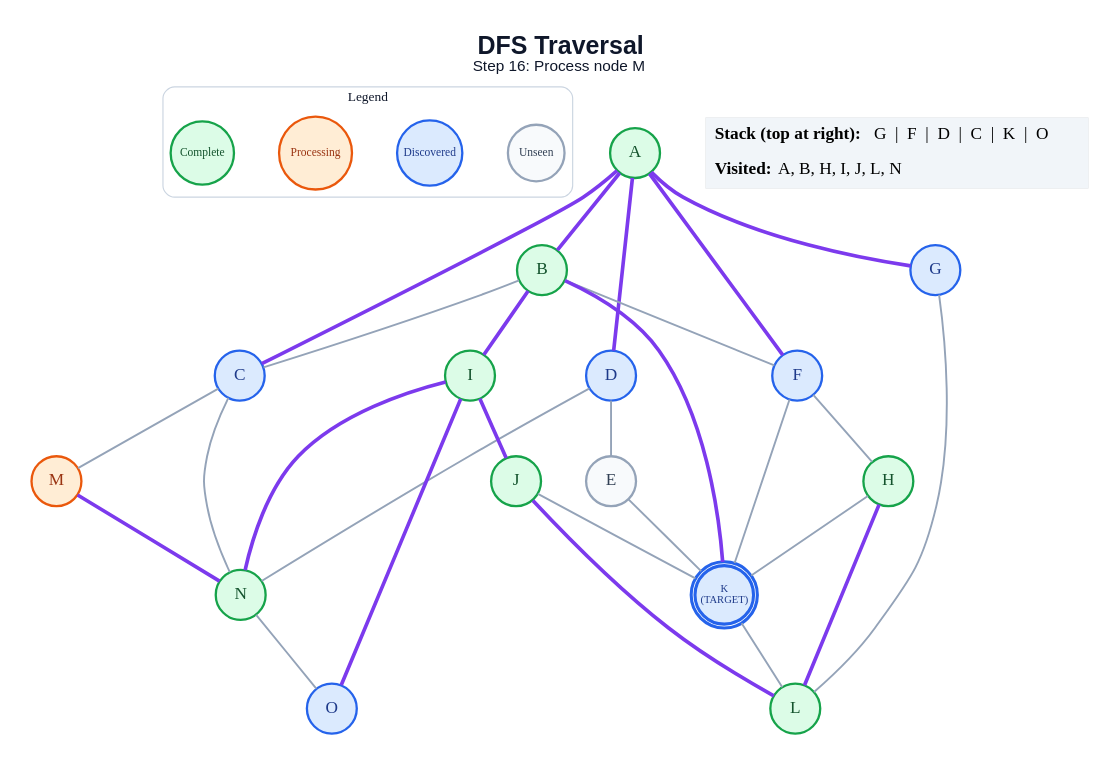
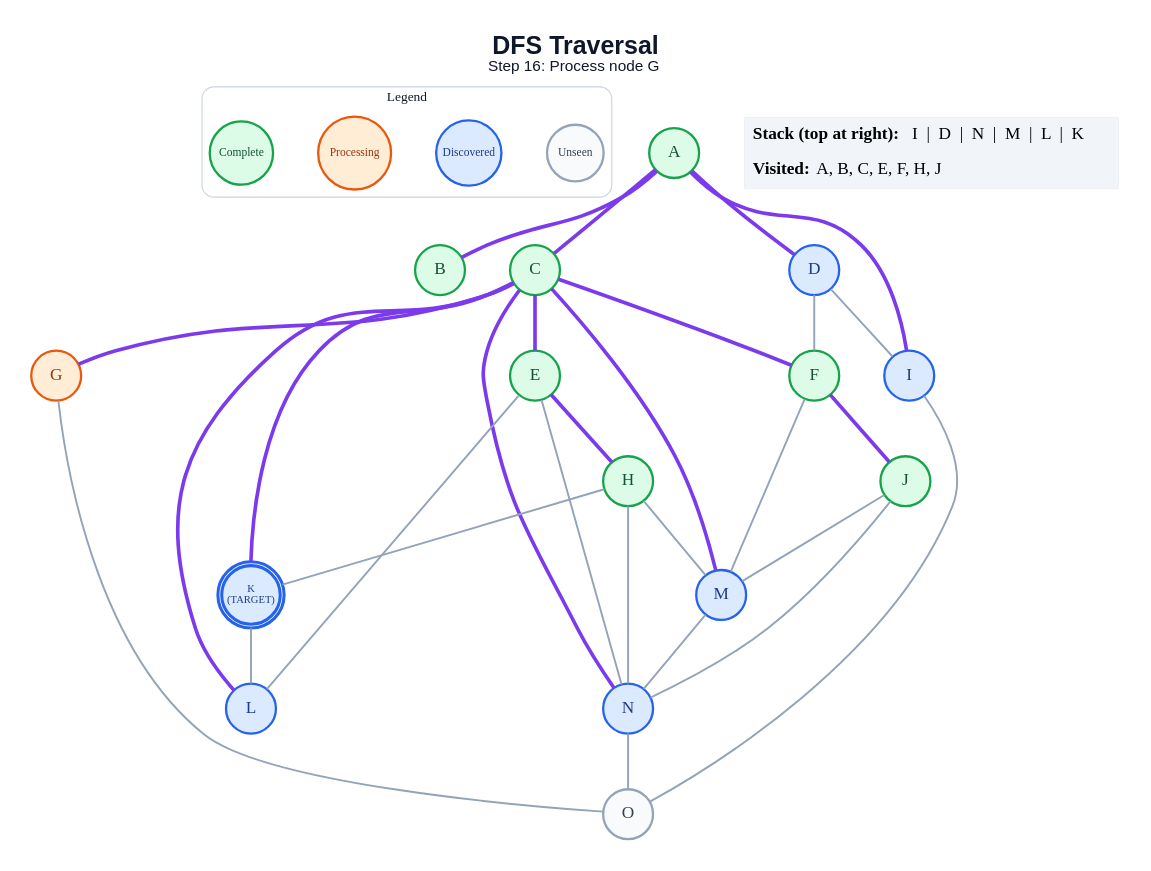
Before and after one commit to anon7238593-create/ai-slop: the diagram in generated/dfs/step_16.dot, drawn with Graphviz. The commit also changed 215 other files, not shown here.

```diff
--- a/generated/dfs/step_16.dot
+++ b/generated/dfs/step_16.dot
@@ -1,61 +1,62 @@
 graph traversal {
   graph [layout=dot, rankdir=TB, bgcolor="#FFFFFF", pad="0.35", nodesep="0.65", ranksep="0.8", fontname="Arial"];
   node [shape=circle, style="filled", fontname="Arial Bold", fontsize=18, width=0.72, fixedsize=true, penwidth=2.4];
   edge [color="#94A3B8", penwidth=2.0];
-  label=<<B>DFS Traversal</B><BR/><FONT POINT-SIZE="16">Step 16: Process node M</FONT>>; labelloc="t"; fontsize=26; fontname="Arial"; fontcolor="#0F172A";
+  label=<<B>DFS Traversal</B><BR/><FONT POINT-SIZE="16">Step 16: Process node G</FONT>>; labelloc="t"; fontsize=26; fontname="Arial"; fontcolor="#0F172A";
   subgraph cluster_legend { label="Legend"; color="#CBD5E1"; penwidth=1.2; style="rounded"; fontsize=14; fontname="Arial Bold";
     key_unseen [label="Unseen", fillcolor="#F8FAFC", color="#94A3B8", fontcolor="#334155", fontsize=12, width=0.82];
     key_frontier [label="Discovered", fillcolor="#DBEAFE", color="#2563EB", fontcolor="#1E3A8A", fontsize=12, width=0.95];
     key_current [label="Processing", fillcolor="#FFEDD5", color="#EA580C", fontcolor="#9A3412", fontsize=12, width=1.05];
     key_done [label="Complete", fillcolor="#DCFCE7", color="#16A34A", fontcolor="#14532D", fontsize=12, width=0.92];
     { rank=same; key_unseen; key_frontier; key_current; key_done; }
   }
   A [label="A", fillcolor="#DCFCE7", color="#16A34A", fontcolor="#14532D", peripheries=1, penwidth=2.4];
   B [label="B", fillcolor="#DCFCE7", color="#16A34A", fontcolor="#14532D", peripheries=1, penwidth=2.4];
-  C [label="C", fillcolor="#DBEAFE", color="#2563EB", fontcolor="#1E3A8A", peripheries=1, penwidth=2.4];
+  C [label="C", fillcolor="#DCFCE7", color="#16A34A", fontcolor="#14532D", peripheries=1, penwidth=2.4];
   D [label="D", fillcolor="#DBEAFE", color="#2563EB", fontcolor="#1E3A8A", peripheries=1, penwidth=2.4];
-  E [label="E", fillcolor="#F8FAFC", color="#94A3B8", fontcolor="#334155", peripheries=1, penwidth=2.4];
-  F [label="F", fillcolor="#DBEAFE", color="#2563EB", fontcolor="#1E3A8A", peripheries=1, penwidth=2.4];
-  G [label="G", fillcolor="#DBEAFE", color="#2563EB", fontcolor="#1E3A8A", peripheries=1, penwidth=2.4];
+  E [label="E", fillcolor="#DCFCE7", color="#16A34A", fontcolor="#14532D", peripheries=1, penwidth=2.4];
+  F [label="F", fillcolor="#DCFCE7", color="#16A34A", fontcolor="#14532D", peripheries=1, penwidth=2.4];
+  G [label="G", fillcolor="#FFEDD5", color="#EA580C", fontcolor="#9A3412", peripheries=1, penwidth=2.4];
   H [label="H", fillcolor="#DCFCE7", color="#16A34A", fontcolor="#14532D", peripheries=1, penwidth=2.4];
-  I [label="I", fillcolor="#DCFCE7", color="#16A34A", fontcolor="#14532D", peripheries=1, penwidth=2.4];
+  I [label="I", fillcolor="#DBEAFE", color="#2563EB", fontcolor="#1E3A8A", peripheries=1, penwidth=2.4];
   J [label="J", fillcolor="#DCFCE7", color="#16A34A", fontcolor="#14532D", peripheries=1, penwidth=2.4];
   K [label="K\n(TARGET)", fillcolor="#DBEAFE", color="#2563EB", fontcolor="#1E3A8A", peripheries=2, penwidth=3.2, fontsize=11, width=0.85, height=0.85];
-  L [label="L", fillcolor="#DCFCE7", color="#16A34A", fontcolor="#14532D", peripheries=1, penwidth=2.4];
-  M [label="M", fillcolor="#FFEDD5", color="#EA580C", fontcolor="#9A3412", peripheries=1, penwidth=2.4];
-  N [label="N", fillcolor="#DCFCE7", color="#16A34A", fontcolor="#14532D", peripheries=1, penwidth=2.4];
-  O [label="O", fillcolor="#DBEAFE", color="#2563EB", fontcolor="#1E3A8A", peripheries=1, penwidth=2.4];
+  L [label="L", fillcolor="#DBEAFE", color="#2563EB", fontcolor="#1E3A8A", peripheries=1, penwidth=2.4];
+  M [label="M", fillcolor="#DBEAFE", color="#2563EB", fontcolor="#1E3A8A", peripheries=1, penwidth=2.4];
+  N [label="N", fillcolor="#DBEAFE", color="#2563EB", fontcolor="#1E3A8A", peripheries=1, penwidth=2.4];
+  O [label="O", fillcolor="#F8FAFC", color="#94A3B8", fontcolor="#334155", peripheries=1, penwidth=2.4];
   A -- B [color="#7C3AED", penwidth=3.8];
   A -- C [color="#7C3AED", penwidth=3.8];
   A -- D [color="#7C3AED", penwidth=3.8];
-  A -- F [color="#7C3AED", penwidth=3.8];
-  A -- G [color="#7C3AED", penwidth=3.8];
-  B -- C;
-  B -- F;
-  B -- I [color="#7C3AED", penwidth=3.8];
-  B -- K [color="#7C3AED", penwidth=3.8];
-  C -- M;
-  C -- N;
-  D -- E;
-  D -- N;
-  E -- K;
-  F -- H;
-  F -- K;
-  G -- L;
+  A -- I [color="#7C3AED", penwidth=3.8];
+  C -- E [color="#7C3AED", penwidth=3.8];
+  C -- F [color="#7C3AED", penwidth=3.8];
+  C -- G [color="#7C3AED", penwidth=3.8];
+  C -- K [color="#7C3AED", penwidth=3.8];
+  C -- L [color="#7C3AED", penwidth=3.8];
+  C -- M [color="#7C3AED", penwidth=3.8];
+  C -- N [color="#7C3AED", penwidth=3.8];
+  D -- F;
+  D -- I;
+  E -- H [color="#7C3AED", penwidth=3.8];
+  E -- L;
+  E -- N;
+  F -- J [color="#7C3AED", penwidth=3.8];
+  F -- M;
+  G -- O;
   H -- K;
-  H -- L [color="#7C3AED", penwidth=3.8];
-  I -- J [color="#7C3AED", penwidth=3.8];
-  I -- N [color="#7C3AED", penwidth=3.8];
-  I -- O [color="#7C3AED", penwidth=3.8];
-  J -- K;
-  J -- L [color="#7C3AED", penwidth=3.8];
+  H -- M;
+  H -- N;
+  I -- O;
+  J -- M;
+  J -- N;
   K -- L;
-  M -- N [color="#7C3AED", penwidth=3.8];
+  M -- N;
   N -- O;
   status [shape=plain, fixedsize=false, width=0, height=0, margin=0, label=<
     <TABLE BORDER="0" CELLBORDER="0" CELLPADDING="7" BGCOLOR="#F1F5F9">
-      <TR><TD ALIGN="LEFT"><B>Stack (top at right):</B> G  |  F  |  D  |  C  |  K  |  O</TD></TR>
-      <TR><TD ALIGN="LEFT"><B>Visited:</B> A, B, H, I, J, L, N</TD></TR>
+      <TR><TD ALIGN="LEFT"><B>Stack (top at right):</B> I  |  D  |  N  |  M  |  L  |  K</TD></TR>
+      <TR><TD ALIGN="LEFT"><B>Visited:</B> A, B, C, E, F, H, J</TD></TR>
     </TABLE>
   >];
 }
```
